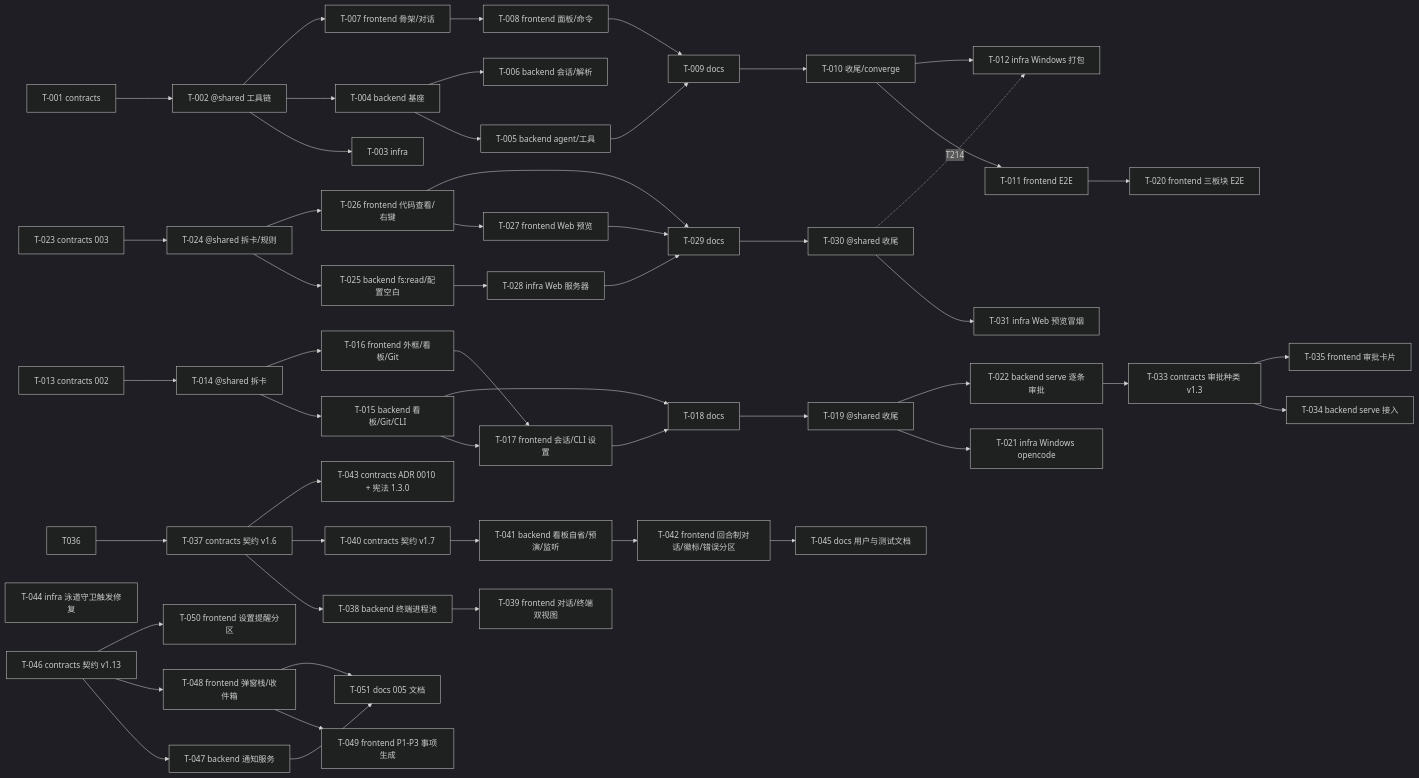
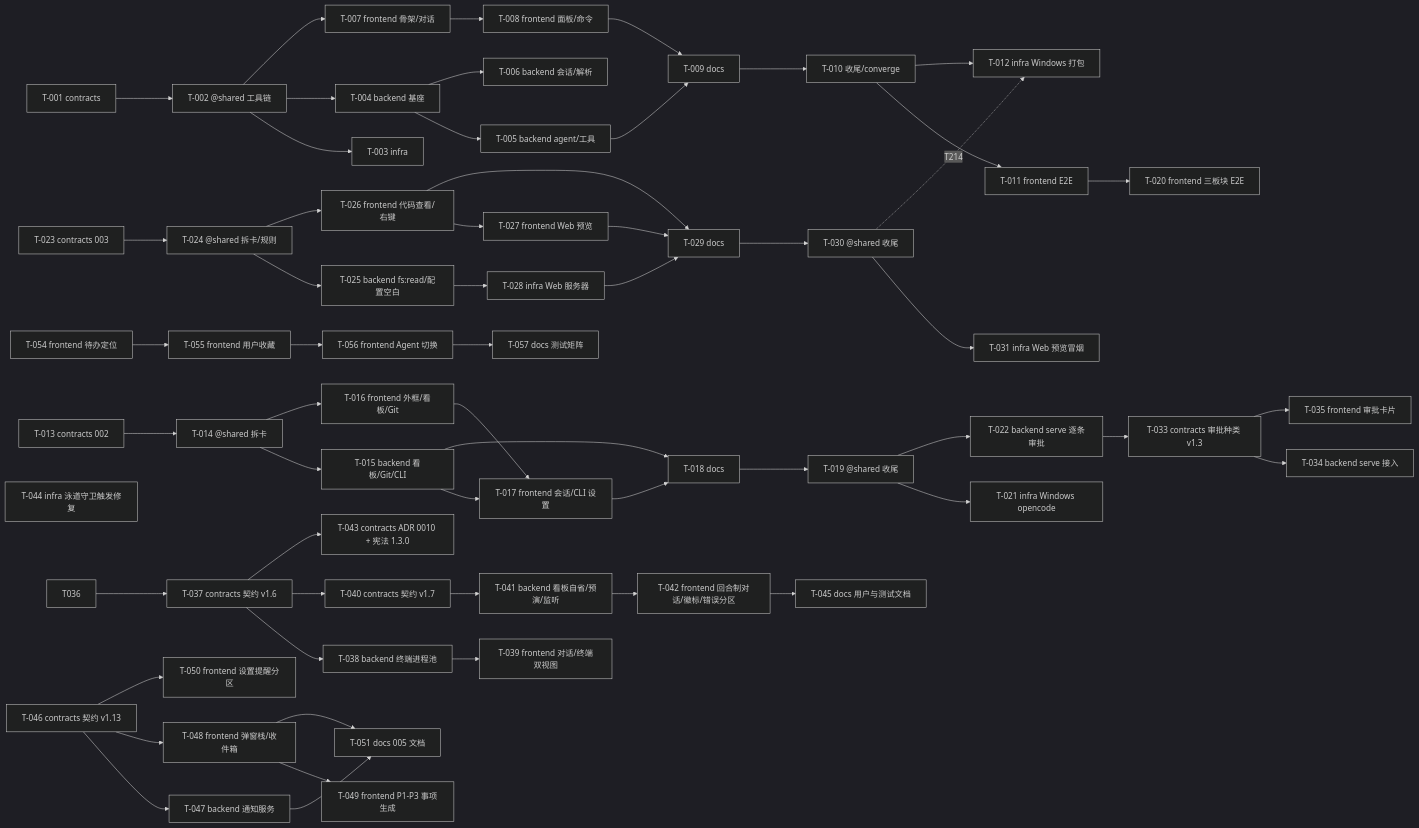
Before and after one commit to Pizuu/ai-code-manager: the diagram in docs/tasks/BOARD.md, drawn with Mermaid (dark theme). The commit also changed other lines of this file and 13 other files, not shown here.

````diff
--- a/docs/tasks/BOARD.md
+++ b/docs/tasks/BOARD.md
@@ -70,55 +77,56 @@
 ```mermaid
 graph LR
   T001[T-001 contracts] --> T002[T-002 @shared 工具链]
   T002 --> T003[T-003 infra]
   T002 --> T004[T-004 backend 基座]
   T004 --> T005[T-005 backend agent/工具]
   T004 --> T006[T-006 backend 会话/解析]
   T002 --> T007[T-007 frontend 骨架/对话]
   T007 --> T008[T-008 frontend 面板/命令]
   T005 --> T009[T-009 docs]
   T008 --> T009
   T009 --> T010[T-010 收尾/converge]
   T010 --> T011[T-011 frontend E2E]
   T010 --> T012[T-012 infra Windows 打包]
   T013[T-013 contracts 002] --> T014[T-014 @shared 拆卡]
   T014 --> T015[T-015 backend 看板/Git/CLI]
   T014 --> T016[T-016 frontend 外框/看板/Git]
   T015 --> T017[T-017 frontend 会话/CLI 设置]
   T016 --> T017
   T015 --> T018[T-018 docs]
   T017 --> T018
   T018 --> T019[T-019 @shared 收尾]
   T011 --> T020[T-020 frontend 三板块 E2E]
   T019 --> T021[T-021 infra Windows opencode]
   T019 --> T022[T-022 backend serve 逐条审批]
   T022 --> T033[T-033 contracts 审批种类 v1.3]
   T033 --> T034[T-034 backend serve 接入]
   T033 --> T035[T-035 frontend 审批卡片]
   T023[T-023 contracts 003] --> T024[T-024 @shared 拆卡/规则]
   T024 --> T025[T-025 backend fs:read/配置空白]
   T024 --> T026[T-026 frontend 代码查看/右键]
   T026 --> T027[T-027 frontend Web 预览]
   T025 --> T028[T-028 infra Web 服务器]
   T026 --> T029[T-029 docs]
   T027 --> T029
   T028 --> T029
   T029 --> T030[T-030 @shared 收尾]
   T030 --> T031[T-031 infra Web 预览冒烟]
   T030 -.T214.-> T012
   T036 --> T037[T-037 contracts 契约 v1.6]
   T037 --> T038[T-038 backend 终端进程池]
   T038 --> T039[T-039 frontend 对话/终端双视图]
   T037 --> T040[T-040 contracts 契约 v1.7]
   T040 --> T041[T-041 backend 看板自省/预演/监听]
   T041 --> T042[T-042 frontend 回合制对话/徽标/错误分区]
   T037 --> T043[T-043 contracts ADR 0010 + 宪法 1.3.0]
   T044[T-044 infra 泳道守卫触发修复]
   T042 --> T045[T-045 docs 用户与测试文档]
+  T054[T-054 frontend 待办定位] --> T055[T-055 frontend 用户收藏] --> T056[T-056 frontend Agent 切换] --> T057[T-057 docs 测试矩阵]
   T046[T-046 contracts 契约 v1.13] --> T047[T-047 backend 通知服务]
   T046 --> T048[T-048 frontend 弹窗栈/收件箱]
   T048 --> T049[T-049 frontend P1-P3 事项生成]
   T046 --> T050[T-050 frontend 设置提醒分区]
   T047 --> T051[T-051 docs 005 文档]
   T048 --> T051
 ```
````
